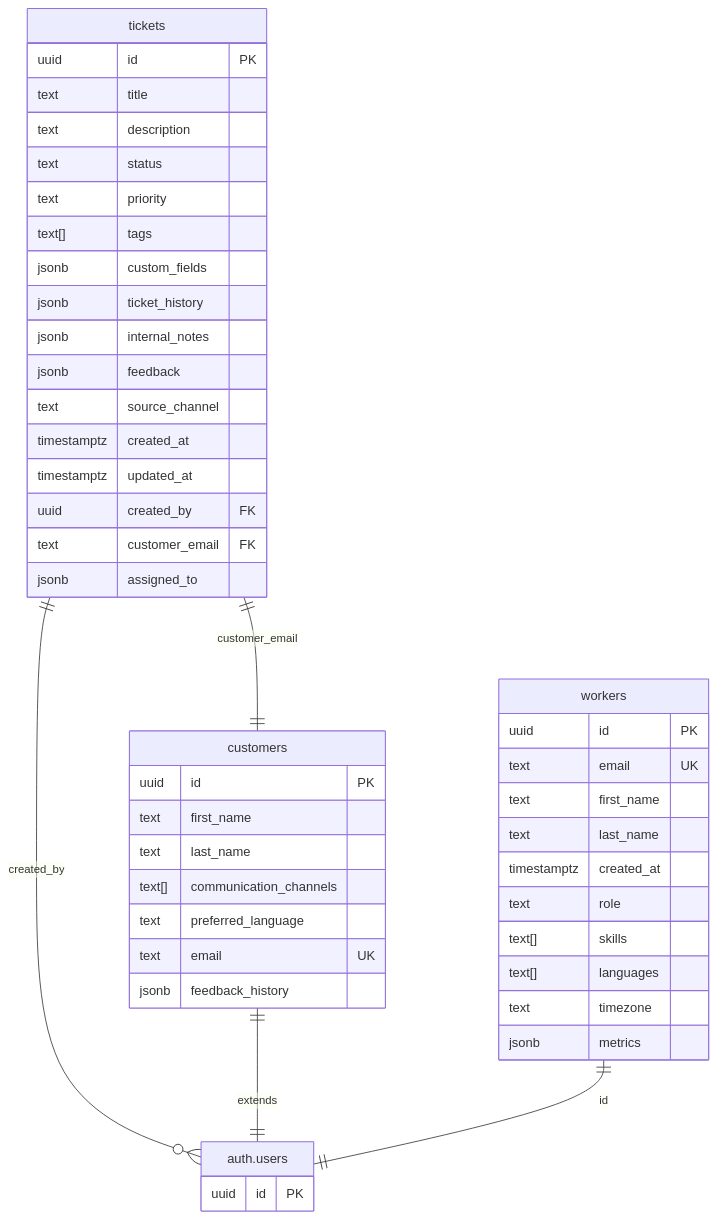
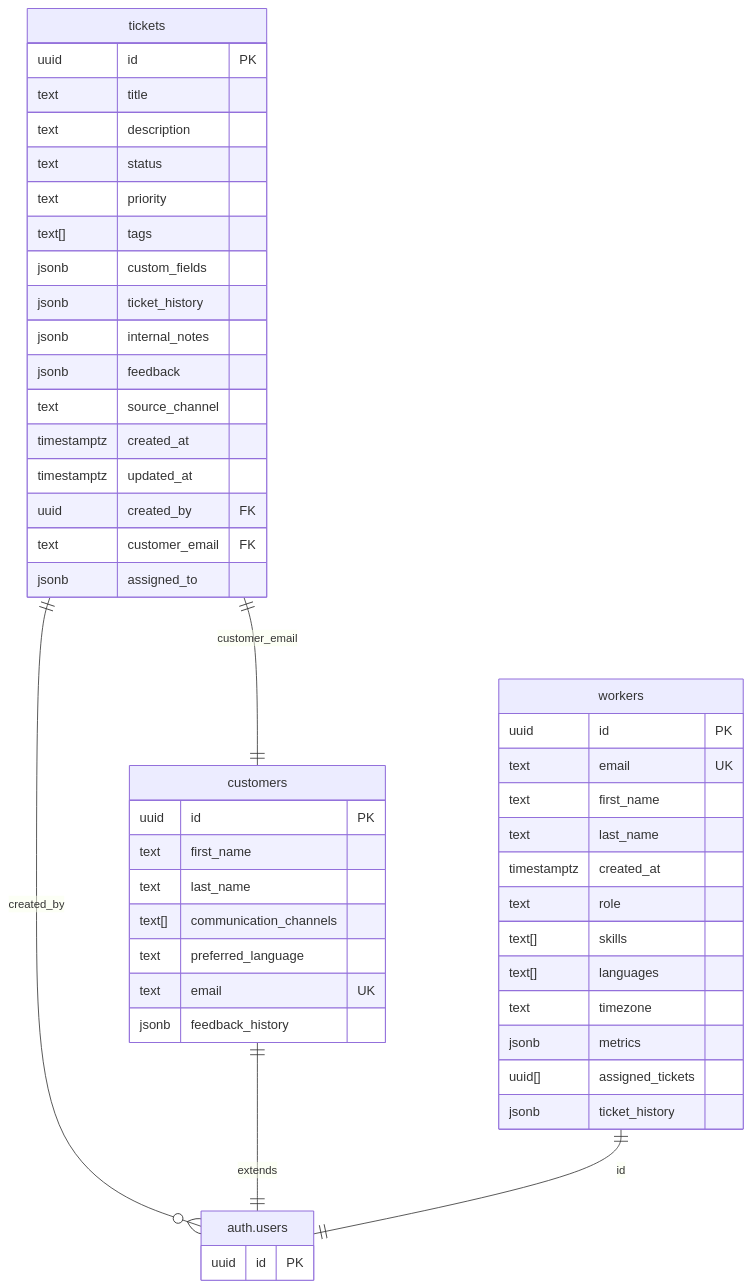
The diagram in DATABASE.md (arpankg/zendesk-clone), drawn with Mermaid before and after one commit. The commit also changed other lines of this file and 1 other file, not shown here.

````diff
--- a/DATABASE.md
+++ b/DATABASE.md
@@ -5,53 +5,55 @@
 ```mermaid
 erDiagram
     tickets {
         uuid id PK
         text title
         text description
         text status
         text priority
         text[] tags
         jsonb custom_fields
         jsonb ticket_history
         jsonb internal_notes
         jsonb feedback
         text source_channel
         timestamptz created_at
         timestamptz updated_at
         uuid created_by FK
         text customer_email FK
         jsonb assigned_to
     }
 
     customers {
         uuid id PK
         text first_name
         text last_name
         text[] communication_channels
         text preferred_language
         text email UK
         jsonb feedback_history
     }
 
     auth.users {
         uuid id PK
     }
 
     workers {
         uuid id PK
         text email UK
         text first_name
         text last_name
         timestamptz created_at
         text role
         text[] skills
         text[] languages
         text timezone
         jsonb metrics
+        uuid[] assigned_tickets
+        jsonb ticket_history
     }
 
     tickets ||--o{ auth.users : "created_by"
     tickets ||--|| customers : "customer_email"
     customers ||--|| auth.users : "extends"
     workers ||--|| auth.users : "id"
 ```
````
